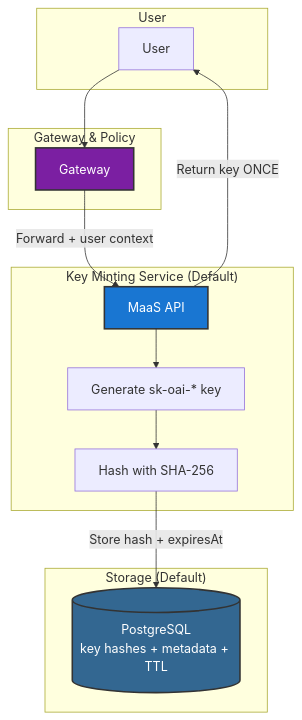
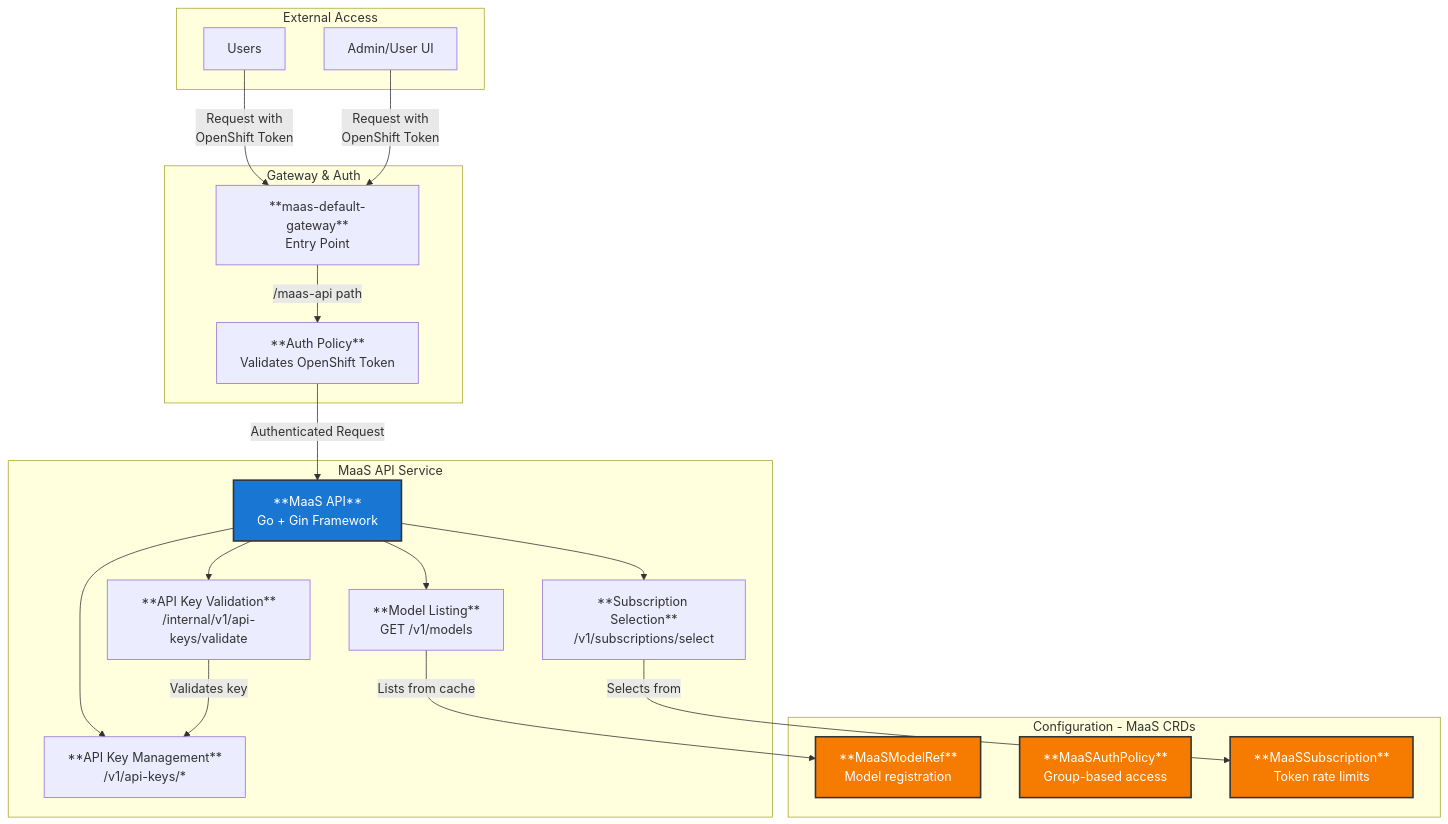
Before and after one commit to opendatahub-io/models-as-a-service: the third of 6 diagrams in docs/content/architecture.md, drawn with Mermaid. The commit also changed other lines of this file and 26 other files, not shown here.

````diff
--- a/docs/content/architecture.md
+++ b/docs/content/architecture.md
@@ -116,31 +128,45 @@
 ```mermaid
 graph TB
-    subgraph UserLayer["User"]
-        U[User]
+    subgraph "External Access"
+        User[Users]
+        AdminUI[Admin/User UI]
     end
     
-    subgraph GatewayLayer["Gateway & Policy"]
-        G[Gateway]
+    subgraph "Gateway & Auth"
+        Gateway[**maas-default-gateway**<br/>Entry Point]
+        AuthPolicy[**Auth Policy**<br/>Validates OpenShift Token]
     end
     
-    subgraph KeyMintingService["Key Minting Service (Default)"]
-        API[MaaS API]
-        Gen[Generate sk-oai-* key]
-        Hash[Hash with SHA-256]
+    subgraph "MaaS API Service"
+        API[**MaaS API**<br/>Go + Gin Framework]
+        ModelsHandler[**Model Listing**<br/>GET /v1/models]
+        APIKeysHandler[**API Key Management**<br/>/v1/api-keys/*]
+        SubscriptionHandler[**Subscription Selection**<br/>/v1/subscriptions/select]
+        ValidateHandler[**API Key Validation**<br/>/internal/v1/api-keys/validate]
     end
     
-    subgraph Storage["Storage (Default)"]
-        DB[(PostgreSQL<br/>key hashes + metadata + TTL)]
+    subgraph "Configuration - MaaS CRDs"
+        ModelRefCRD[**MaaSModelRef**<br/>Model registration]
+        AuthPolicyCRD[**MaaSAuthPolicy**<br/>Group-based access]
+        SubscriptionCRD[**MaaSSubscription**<br/>Token rate limits]
     end
     
-    U --> G
-    G -->|"Forward + user context"| API
-    API --> Gen
-    Gen --> Hash
-    Hash -->|"Store hash + expiresAt"| DB
-    API -->|"Return key ONCE"| U
+    User -->|"Request with<br/>OpenShift Token"| Gateway
+    AdminUI -->|"Request with<br/>OpenShift Token"| Gateway
+    Gateway -->|"/maas-api path"| AuthPolicy
+    AuthPolicy -->|"Authenticated Request"| API
+    
+    API --> ModelsHandler
+    API --> APIKeysHandler
+    API --> SubscriptionHandler
+    API --> ValidateHandler
+    
+    ModelsHandler -->|"Lists from cache"| ModelRefCRD
+    SubscriptionHandler -->|"Selects from"| SubscriptionCRD
+    ValidateHandler -->|"Validates key"| APIKeysHandler
     
     style API fill:#1976d2,stroke:#333,stroke-width:2px,color:#fff
-    style G fill:#7b1fa2,stroke:#333,stroke-width:2px,color:#fff
-    style DB fill:#336791,stroke:#333,stroke-width:2px,color:#fff
+    style ModelRefCRD fill:#f57c00,stroke:#333,stroke-width:2px,color:#fff
+    style AuthPolicyCRD fill:#f57c00,stroke:#333,stroke-width:2px,color:#fff
+    style SubscriptionCRD fill:#f57c00,stroke:#333,stroke-width:2px,color:#fff
 ```
````
